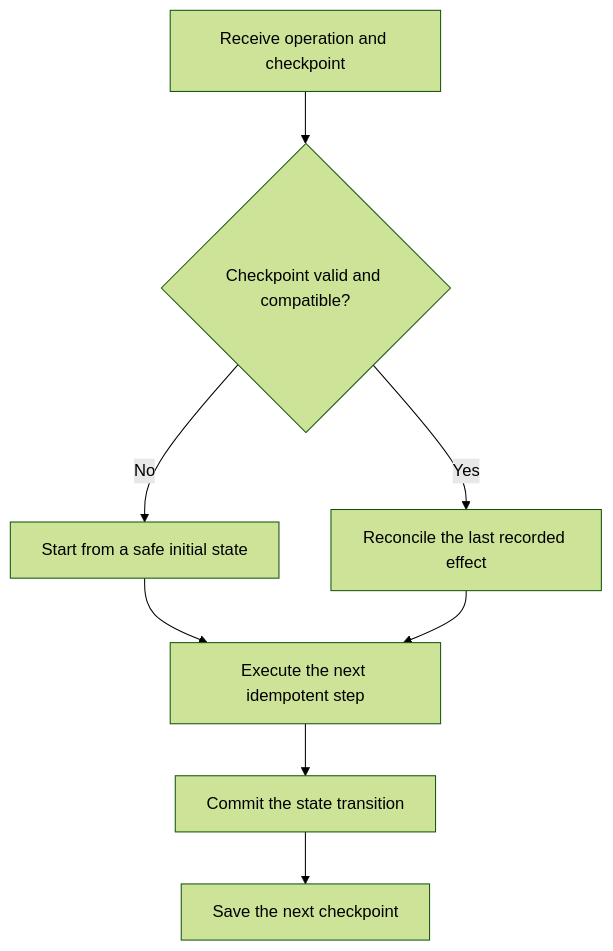
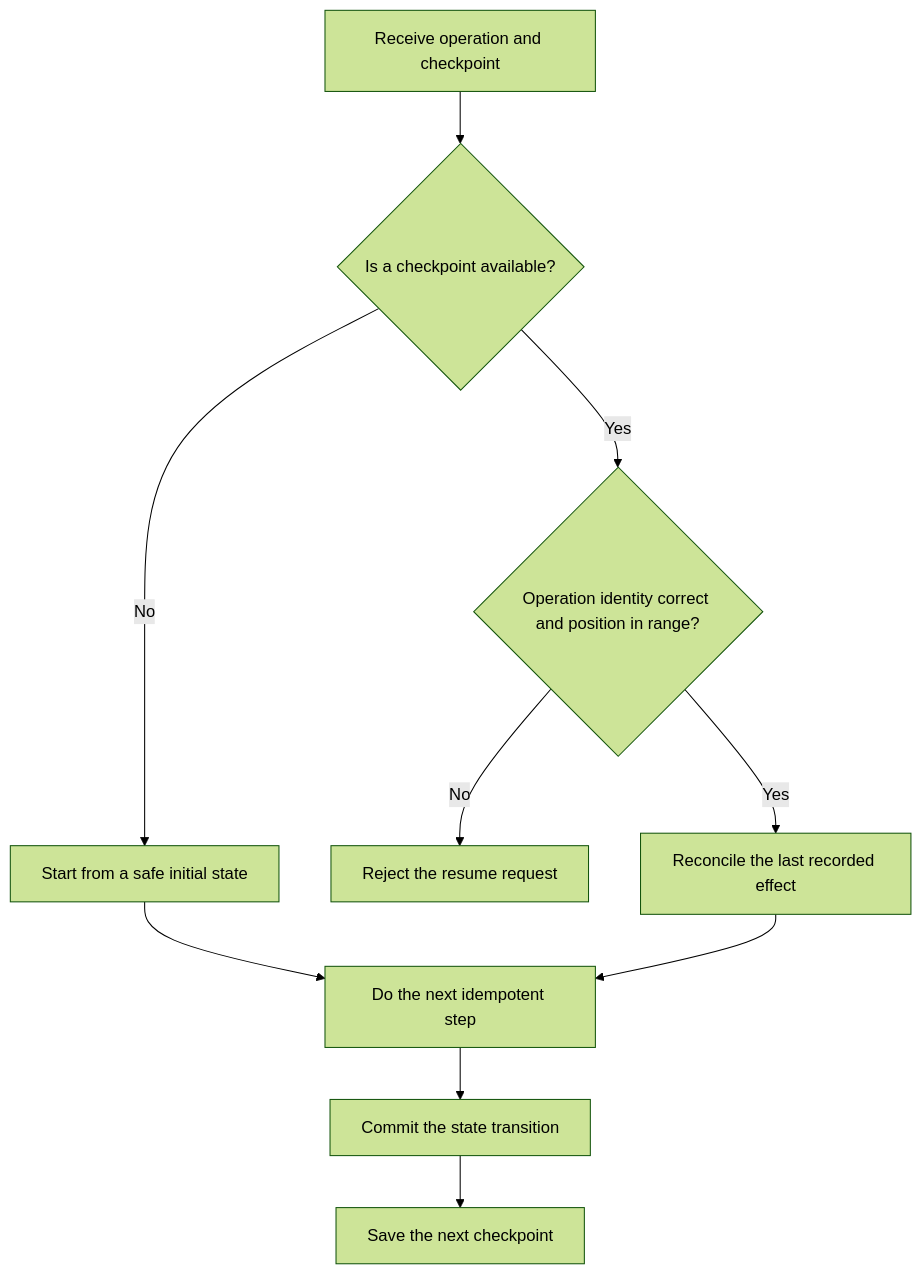
The diagram in docs/principles/details/p046-resumability.md (HomericIntelligence/Athena), drawn with Mermaid (forest theme) before and after one commit. The commit also changed other lines of this file and 91 other files, not shown here.

````diff
--- a/docs/principles/details/p046-resumability.md
+++ b/docs/principles/details/p046-resumability.md
@@ -35,10 +38,12 @@
 ```mermaid
 flowchart TD
-    A["Receive operation and checkpoint"] --> B{"Checkpoint valid and compatible?"}
+    A["Receive operation and checkpoint"] --> B{"Is a checkpoint available?"}
     B -- "No" --> C["Start from a safe initial state"]
-    B -- "Yes" --> D["Reconcile the last recorded effect"]
-    C --> E["Execute the next idempotent step"]
-    D --> E
-    E --> F["Commit the state transition"]
-    F --> G["Save the next checkpoint"]
+    B -- "Yes" --> D{"Operation identity correct and position in range?"}
+    D -- "No" --> E["Reject the resume request"]
+    D -- "Yes" --> F["Reconcile the last recorded effect"]
+    C --> G["Do the next idempotent step"]
+    F --> G
+    G --> H["Commit the state transition"]
+    H --> I["Save the next checkpoint"]
 ```
````
